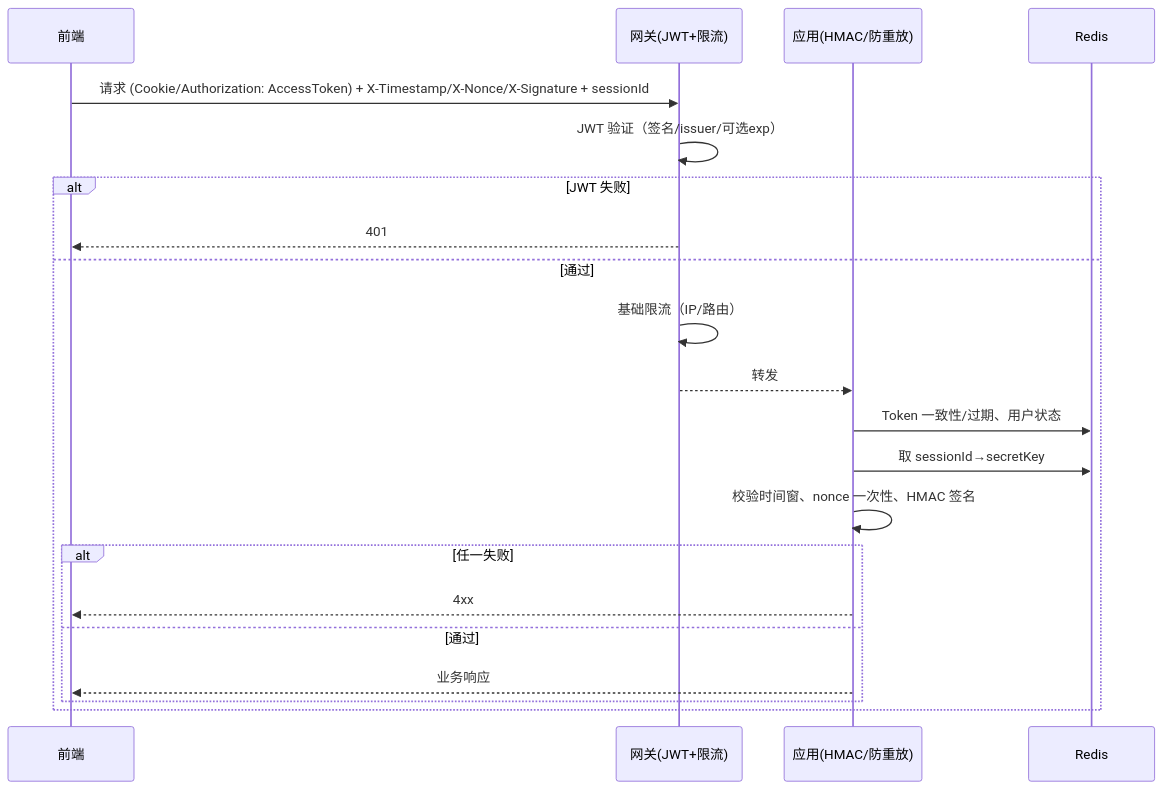
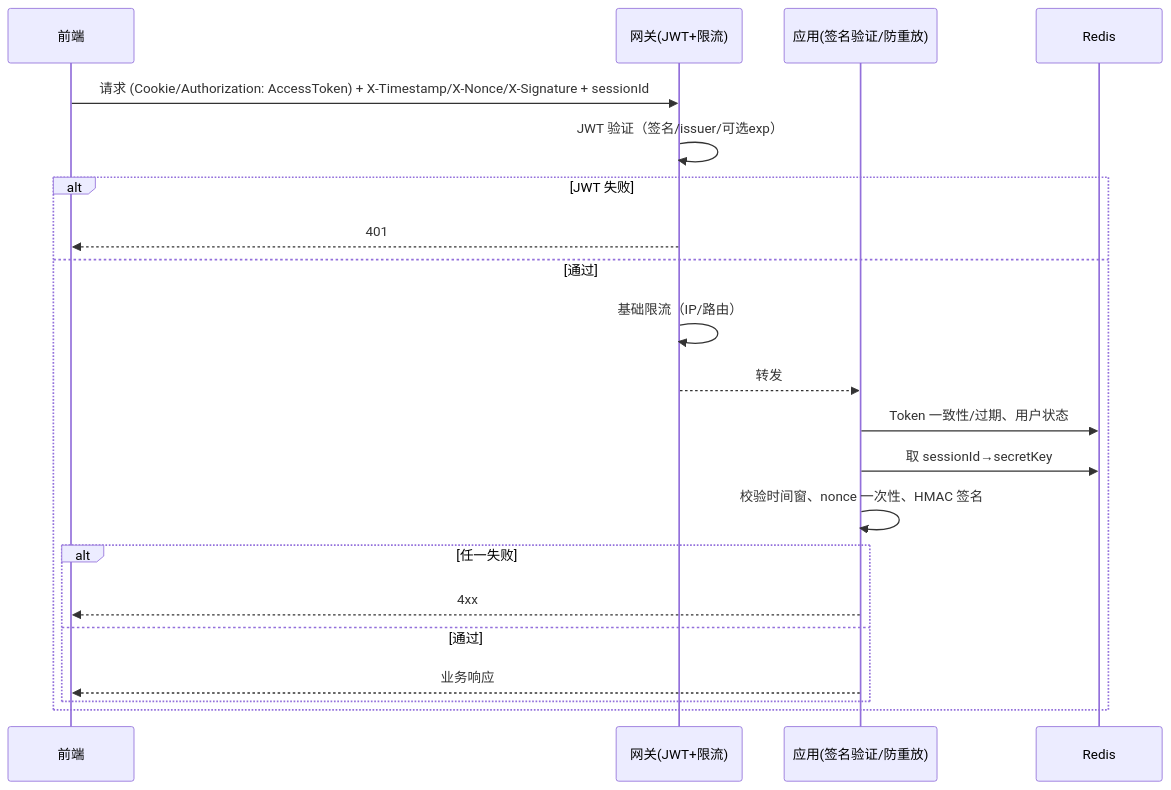
One commit to yingjianzh/iodraw-files changed the diagram in all/未命名-4.md. Above: the diagram before and after it, drawn with Mermaid.

Commit message:
2025-10-16 14:06:39 update

````diff
--- a/all/未命名-4.md
+++ b/all/未命名-4.md
@@ -1,24 +1,24 @@
 ```mermaid
 sequenceDiagram
     participant FE as 前端
     participant Kong as 网关(JWT+限流)
-    participant App as 应用(HMAC/防重放)
+    participant App as 应用(签名验证/防重放)
     participant Redis as Redis
 
     FE->>Kong: 请求 (Cookie/Authorization: AccessToken) + X-Timestamp/X-Nonce/X-Signature + sessionId
     Kong->>Kong: JWT 验证（签名/issuer/可选exp）
     alt JWT 失败
       Kong-->>FE: 401
     else 通过
       Kong->>Kong: 基础限流（IP/路由）
       Kong-->>App: 转发
       App->>Redis: Token 一致性/过期、用户状态
       App->>Redis: 取 sessionId→secretKey
       App->>App: 校验时间窗、nonce 一次性、HMAC 签名
       alt 任一失败
         App-->>FE: 4xx
       else 通过
         App-->>FE: 业务响应
       end
     end
 ```
````
